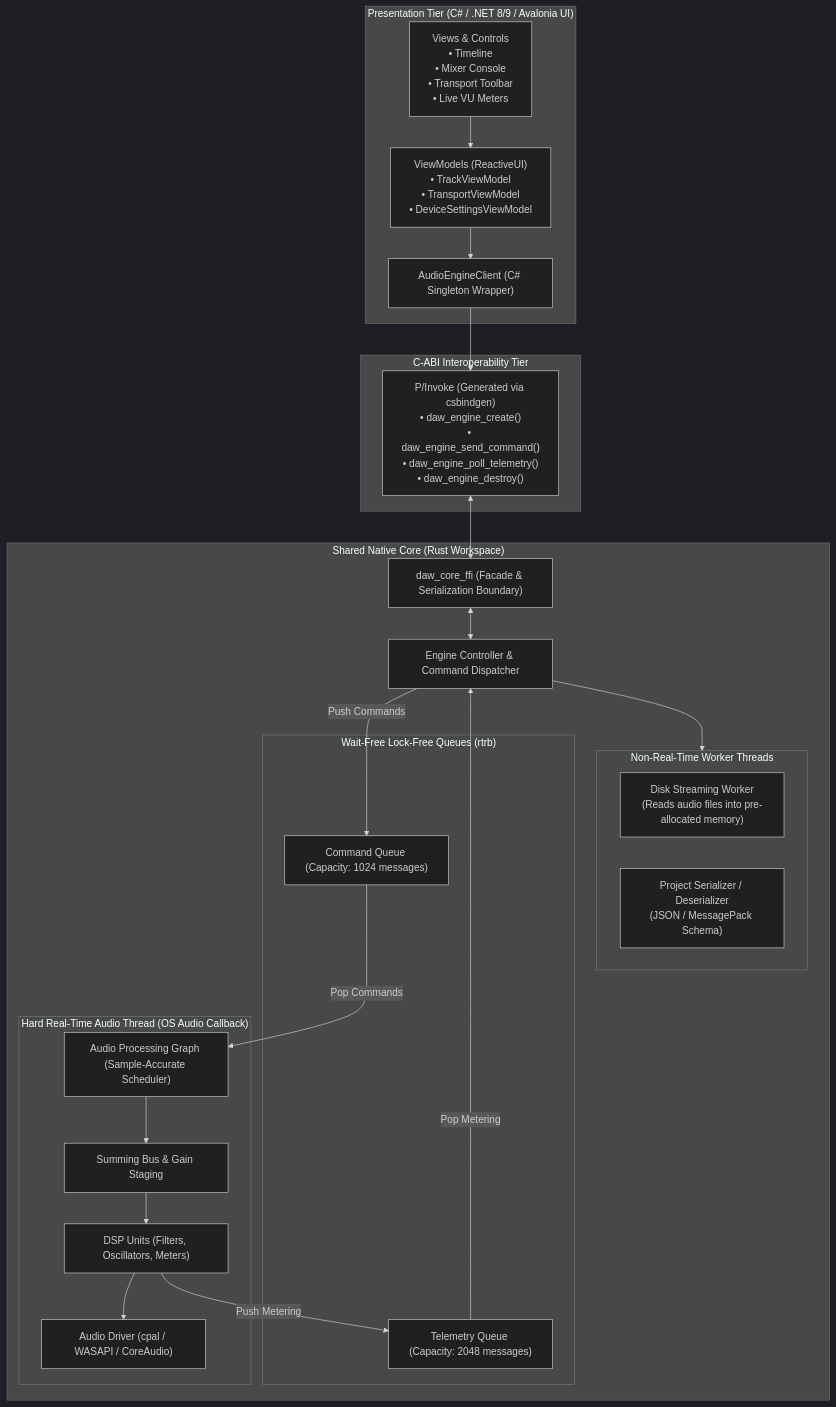
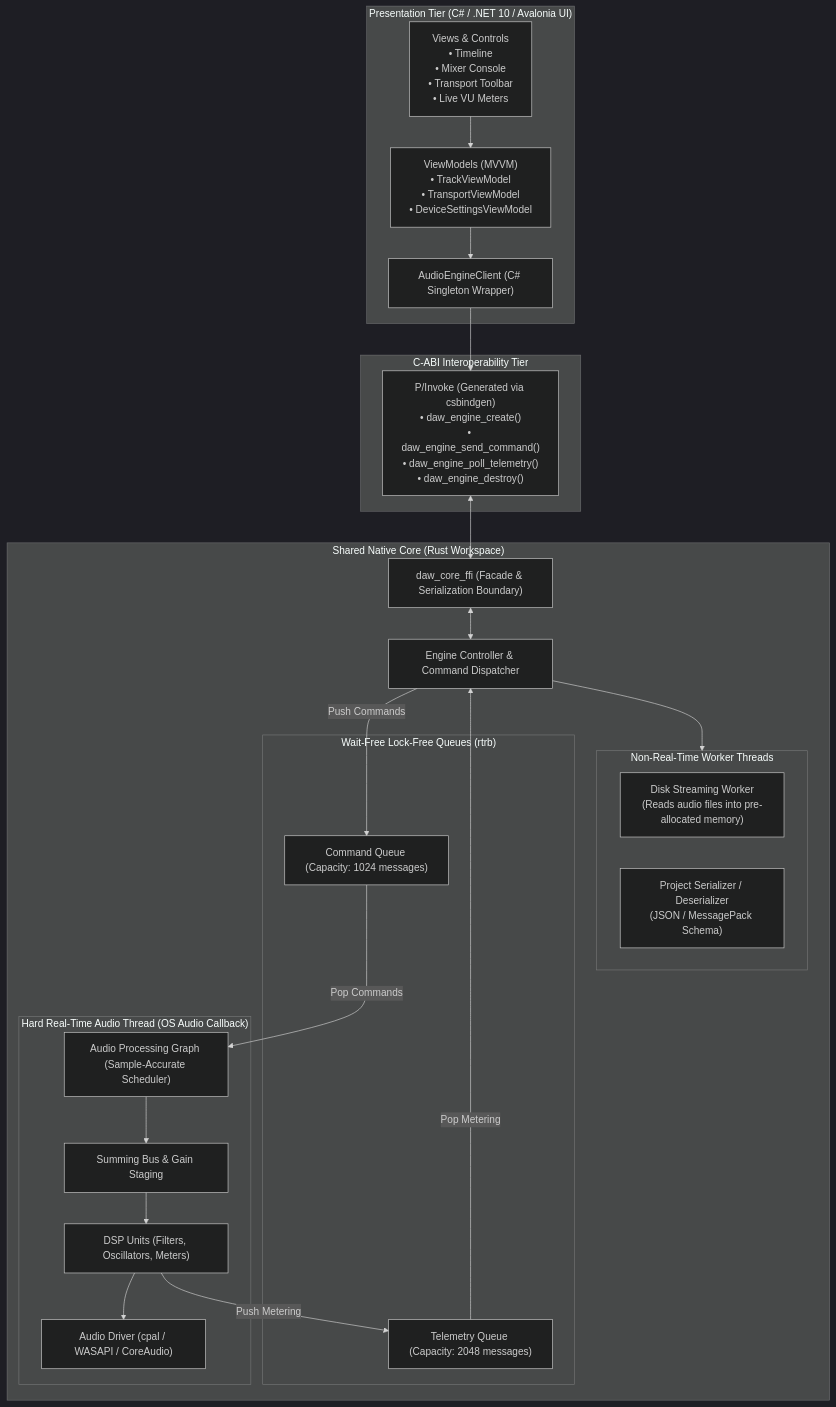
Before and after one commit to loveyydoll/Aetherband: the diagram in docs/ARCHITECTURE.md, drawn with Mermaid (dark theme). The commit also changed other lines of this file, not shown here.

Commit message:
docs: align docs/ARCHITECTURE.md with current stabilization status

````diff
--- a/docs/ARCHITECTURE.md
+++ b/docs/ARCHITECTURE.md
@@ -11,45 +11,45 @@
 ```mermaid
 flowchart TD
-    subgraph UI_Tier ["Presentation Tier (C# / .NET 8/9 / Avalonia UI)"]
+    subgraph UI_Tier ["Presentation Tier (C# / .NET 10 / Avalonia UI)"]
         View["Views & Controls\n• Timeline\n• Mixer Console\n• Transport Toolbar\n• Live VU Meters"]
-        ViewModel["ViewModels (ReactiveUI)\n• TrackViewModel\n• TransportViewModel\n• DeviceSettingsViewModel"]
+        ViewModel["ViewModels (MVVM)\n• TrackViewModel\n• TransportViewModel\n• DeviceSettingsViewModel"]
         AudioClient["AudioEngineClient (C# Singleton Wrapper)"]
         View --> ViewModel --> AudioClient
     end
 
     subgraph FFI_Tier ["C-ABI Interoperability Tier"]
         PInvoke["P/Invoke (Generated via csbindgen)\n• daw_engine_create()\n• daw_engine_send_command()\n• daw_engine_poll_telemetry()\n• daw_engine_destroy()"]
         AudioClient --> PInvoke
     end
 
     subgraph Core_Tier ["Shared Native Core (Rust Workspace)"]
         FFIFacade["daw_core_ffi (Facade & Serialization Boundary)"]
         Engine["Engine Controller & Command Dispatcher"]
         
         subgraph Background_Workers ["Non-Real-Time Worker Threads"]
             DiskReader["Disk Streaming Worker\n(Reads audio files into pre-allocated memory)"]
             ProjectService["Project Serializer / Deserializer\n(JSON / MessagePack Schema)"]
         end
 
         subgraph SPSC_Queues ["Wait-Free Lock-Free Queues (rtrb)"]
             CmdQueue["Command Queue (Capacity: 1024 messages)"]
             TelemetryQueue["Telemetry Queue (Capacity: 2048 messages)"]
         end
 
         subgraph Audio_Thread ["Hard Real-Time Audio Thread (OS Audio Callback)"]
             Graph["Audio Processing Graph (Sample-Accurate Scheduler)"]
             Mixer["Summing Bus & Gain Staging"]
             DSP["DSP Units (Filters, Oscillators, Meters)"]
             Driver["Audio Driver (cpal / WASAPI / CoreAudio)"]
         end
         
         PInvoke <--> FFIFacade
         FFIFacade <--> Engine
         Engine --> Background_Workers
         Engine -- Push Commands --> CmdQueue
         CmdQueue -- Pop Commands --> Graph
         Graph --> Mixer --> DSP --> Driver
         DSP -- Push Metering --> TelemetryQueue
         TelemetryQueue -- Pop Metering --> Engine
     end
 ```
````
